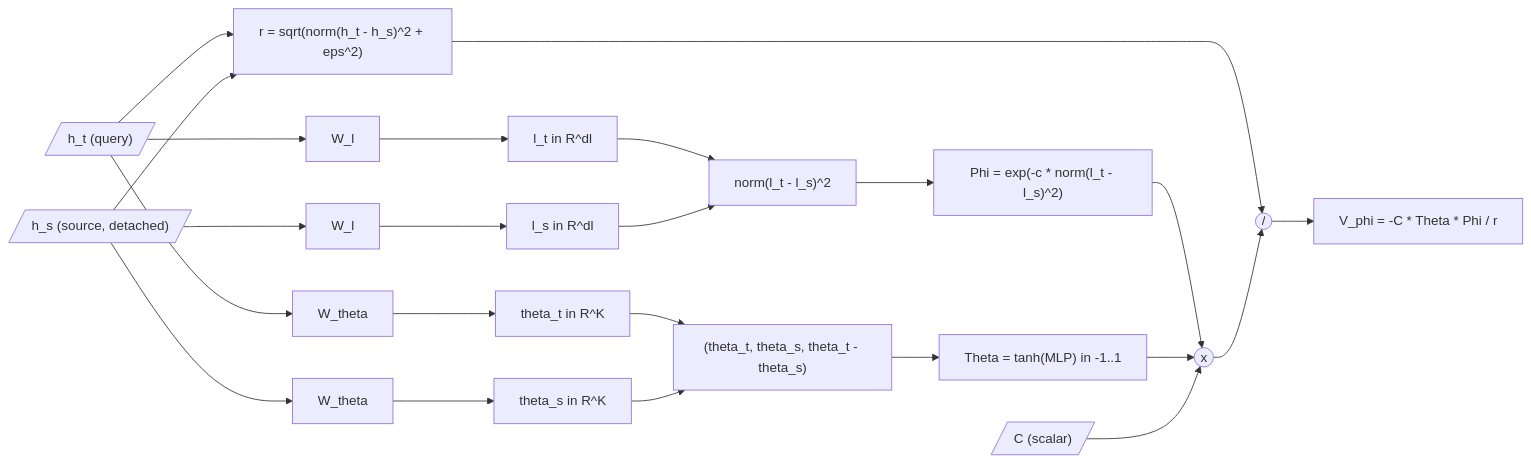
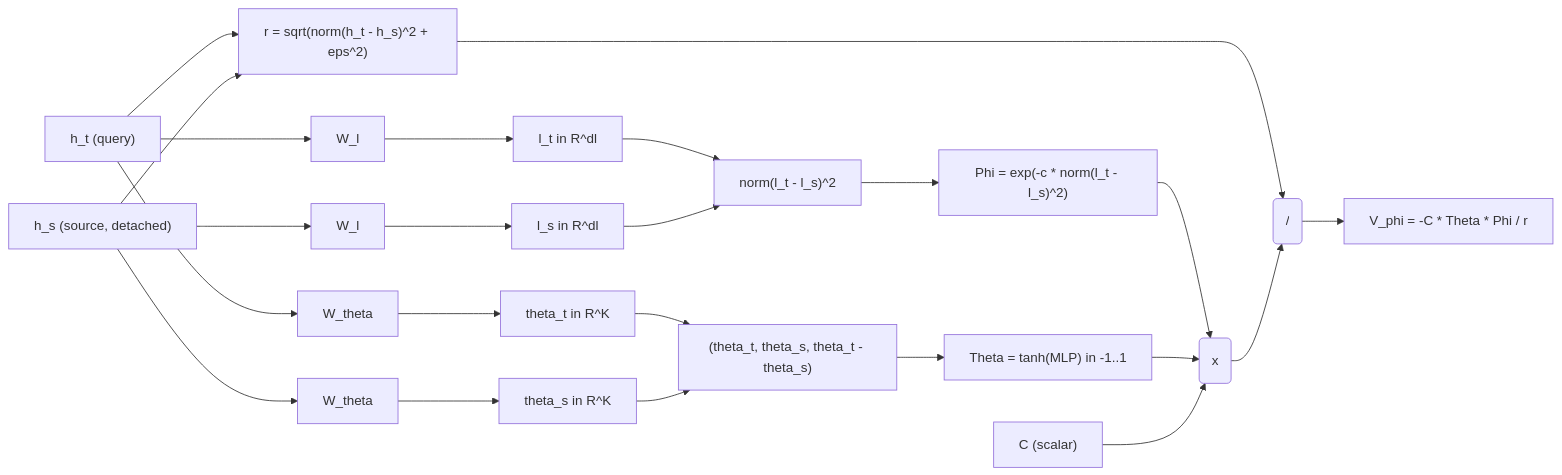
One commit to dimitarpg13/semsimula-paper changed the first of 5 diagrams in companion_notes/PARF_Augmented_SPLM_Architecture_v2.md. Above: the diagram before and after it, drawn with Mermaid. The commit also changed other lines of this file and 4 other files, not shown here.

Commit message:
update markdowns for mermaid rendering problems with Github

````diff
--- a/companion_notes/PARF_Augmented_SPLM_Architecture_v2.md
+++ b/companion_notes/PARF_Augmented_SPLM_Architecture_v2.md
@@ -458,25 +458,25 @@
 ```mermaid
 flowchart LR
-    h_t[/"h_t (query)"/] --> Wl_t[W_l]
+    h_t["h_t (query)"] --> Wl_t[W_l]
     h_t --> Wtheta_t[W_theta]
-    h_s[/"h_s (source, detached)"/] --> Wl_s[W_l]
+    h_s["h_s (source, detached)"] --> Wl_s[W_l]
     h_s --> Wtheta_s[W_theta]
     Wl_t --> l_t["l_t in R^dl"]
     Wl_s --> l_s["l_s in R^dl"]
     Wtheta_t --> th_t["theta_t in R^K"]
     Wtheta_s --> th_s["theta_s in R^K"]
     l_t --> l_dist["norm(l_t - l_s)^2"]
     l_s --> l_dist
     l_dist --> Phi["Phi = exp(-c * norm(l_t - l_s)^2)"]
     th_t --> Theta_in["(theta_t, theta_s, theta_t - theta_s)"]
     th_s --> Theta_in
     Theta_in --> Theta["Theta = tanh(MLP) in -1..1"]
     h_t --> r["r = sqrt(norm(h_t - h_s)^2 + eps^2)"]
     h_s --> r
-    Phi --> mul(("x"))
+    Phi --> mul("x")
     Theta --> mul
-    r --> div(("/"))
+    r --> div("/")
     mul --> div
-    C[/"C (scalar)"/] --> mul
+    C["C (scalar)"] --> mul
     div --> Vphi["V_phi = -C * Theta * Phi / r"]
 ```
````
